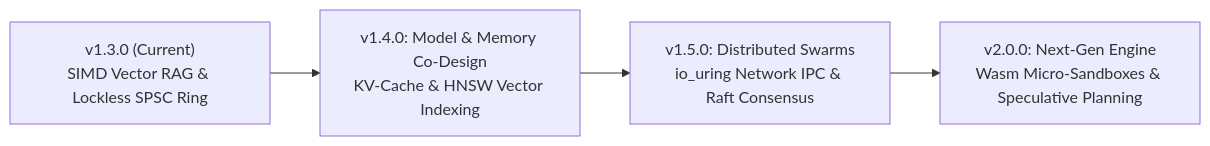
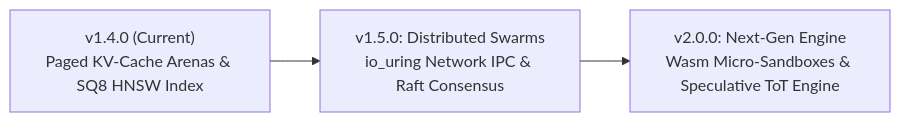
Before and after one commit to ELARION12/Cerberus: the second of 2 diagrams in README.md, drawn with Mermaid. The commit also changed other lines of this file and 25 other files, not shown here.

Commit message:
v1.4.0: Model & Memory Co-Design release (KV-Cache Arenas, SQ8 Quantization, HNSW Index, Custom Prompt Runner)

````diff
--- a/README.md
+++ b/README.md
@@ -284,6 +205,5 @@
 ```mermaid
 graph LR
-    v1_3["v1.3.0 (Current)<br/>SIMD Vector RAG & Lockless SPSC Ring"] --> v1_4["v1.4.0: Model & Memory Co-Design<br/>KV-Cache & HNSW Vector Indexing"]
-    v1_4 --> v1_5["v1.5.0: Distributed Swarms<br/>io_uring Network IPC & Raft Consensus"]
-    v1_5 --> v2_0["v2.0.0: Next-Gen Engine<br/>Wasm Micro-Sandboxes & Speculative Planning"]
+    v1_4["v1.4.0 (Current)<br/>Paged KV-Cache Arenas & SQ8 HNSW Index"] --> v1_5["v1.5.0: Distributed Swarms<br/>io_uring Network IPC & Raft Consensus"]
+    v1_5 --> v2_0["v2.0.0: Next-Gen Engine<br/>Wasm Micro-Sandboxes & Speculative ToT Engine"]
 ```
````
